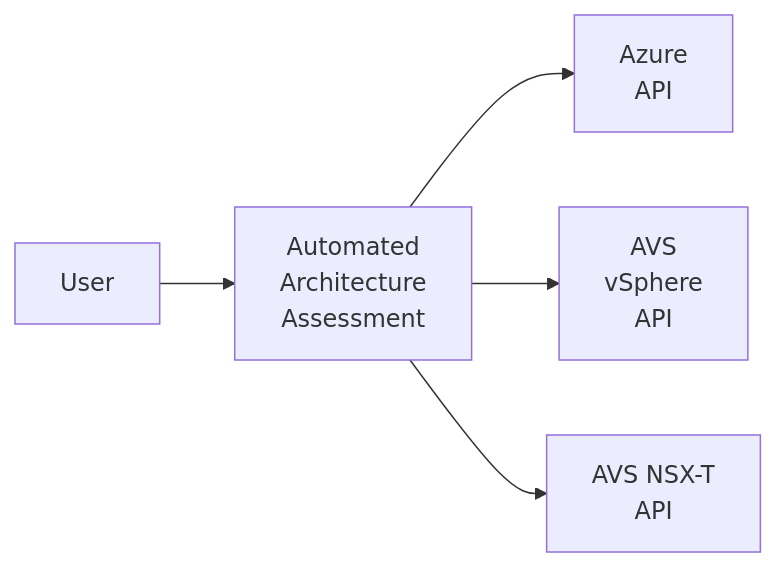
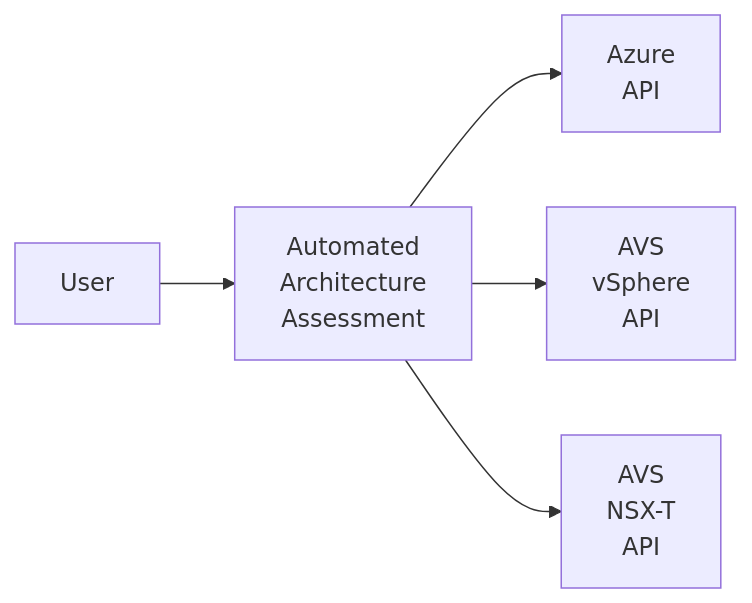
The diagram in BrownField/Auto-assessment/readme.md (Azure/Enterprise-Scale-for-AVS), drawn with Mermaid before and after one commit.

Commit message:
Fix formatting in readme.md for AVS NSX-T reference

````diff
--- a/BrownField/Auto-assessment/readme.md
+++ b/BrownField/Auto-assessment/readme.md
@@ -28,14 +28,15 @@
 ```mermaid
 flowchart LR
 
 A[User] --> B[Automated
 Architecture
 Assessment]
 B --> C[Azure
 API]
 B --> D[AVS 
 vSphere
 API]
-B --> E[AVS NSX-T
+B --> E[AVS
+NSX-T
 API]
 ```
````
